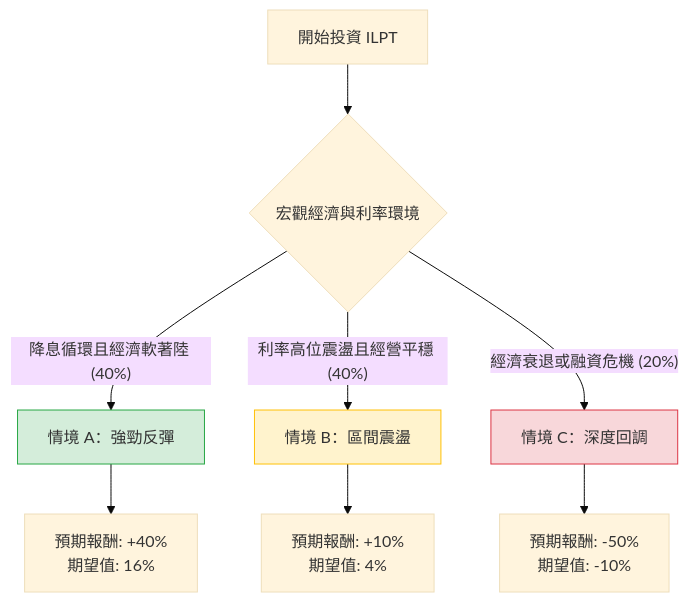
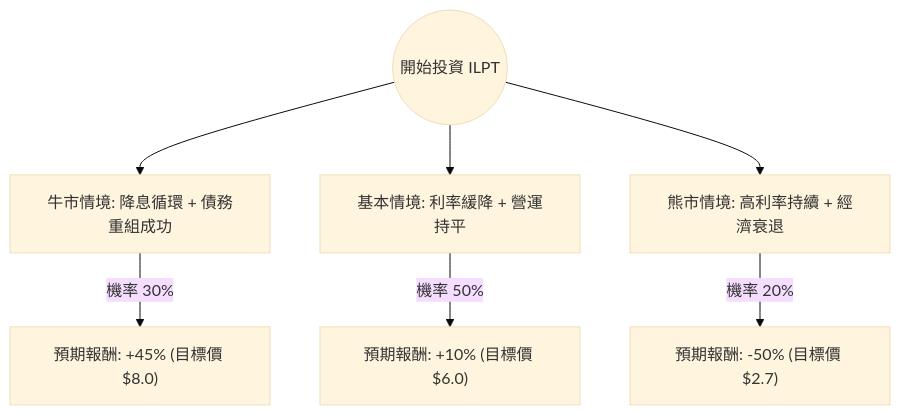
One commit to zmcx16/zmcx16.github.io changed the diagram in plugin-react/ai-analysis/ev-analysis/ILPT.md. Above: the diagram before and after it, drawn with Mermaid (base theme). The commit also changed other lines of this file and 81 other files, not shown here.

````diff
--- a/plugin-react/ai-analysis/ev-analysis/ILPT.md
+++ b/plugin-react/ai-analysis/ev-analysis/ILPT.md
@@ -19,16 +20,10 @@
 ```mermaid
 graph TD
-    A[開始投資 ILPT] --> B{宏觀經濟與利率環境}
-    
-    B -- 降息循環且經濟軟著陸 (40%) --> C[情境 A：強勁反彈]
-    B -- 利率高位震盪且經營平穩 (40%) --> D[情境 B：區間震盪]
-    B -- 經濟衰退或融資危機 (20%) --> E[情境 C：深度回調]
+    Start((開始投資 ILPT)) --> Bull[牛市情境: 降息循環 + 債務重組成功]
+    Start --> Base[基本情境: 利率緩降 + 營運持平]
+    Start --> Bear[熊市情境: 高利率持續 + 經濟衰退]
 
-    C --> C1[預期報酬: +40% <br/> 期望值: 16%]
-    D --> D1[預期報酬: +10% <br/> 期望值: 4%]
-    E --> E1[預期報酬: -50% <br/> 期望值: -10%]
-
-    style C fill:#d4edda,stroke:#28a745
-    style D fill:#fff3cd,stroke:#ffc107
-    style E fill:#f8d7da,stroke:#dc3545
+    Bull -- "機率 30%" --> BullResult["預期報酬: +45% (目標價 $8.0)"]
+    Base -- "機率 50%" --> BaseResult["預期報酬: +10% (目標價 $6.0)"]
+    Bear -- "機率 20%" --> BearResult["預期報酬: -50% (目標價 $2.7)"]
 ```
````
